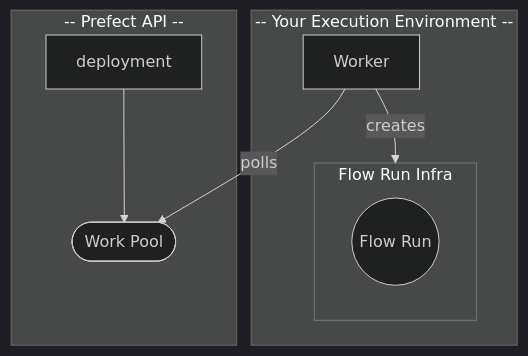
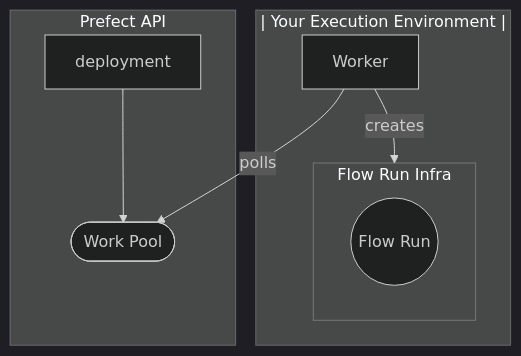
Before and after one commit to PrefectHQ/prefect: the diagram in docs/tutorial/deployments.md, drawn with Mermaid (dark theme). The commit also changed other lines of this file, not shown here.

````diff
--- a/docs/tutorial/deployments.md
+++ b/docs/tutorial/deployments.md
@@ -52,18 +56,18 @@
 ```mermaid
 graph TD;
-    subgraph your_infra["-- Your Execution Environment --"]
+    subgraph your_infra["|  Your Execution Environment  |"]
         worker["Worker"]
 				subgraph flow_run_infra["Flow Run Infra"]
 					flow_run(("Flow Run"))
 				end
         
     end
 
-    subgraph api["-- Prefect API --"]
+    subgraph api["Prefect API"]
 				deployment --> work_pool
         work_pool(["Work Pool"])
     end
 
     worker --> |polls| work_pool
     worker --> |creates| flow_run_infra
 ```
````
